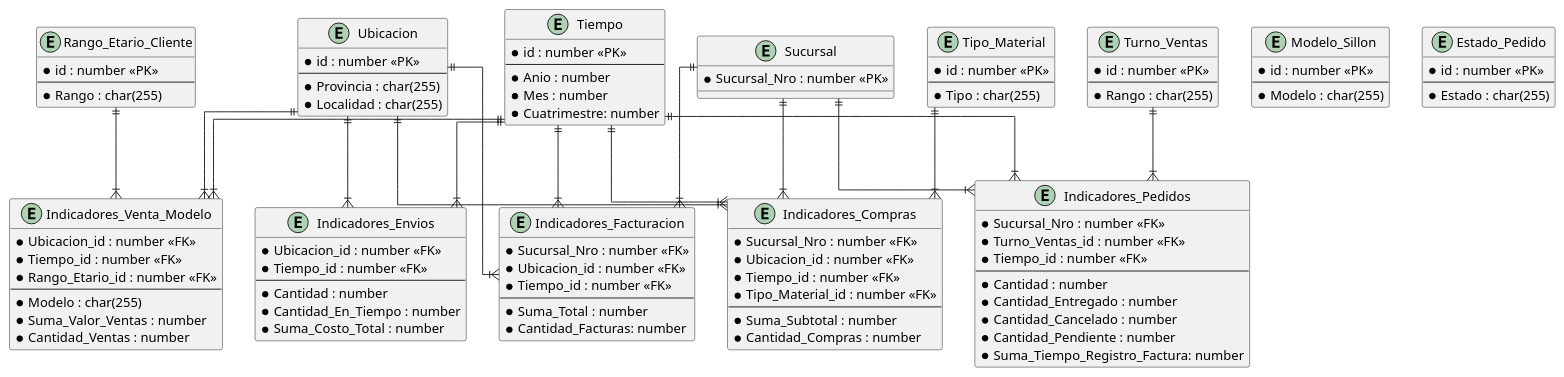
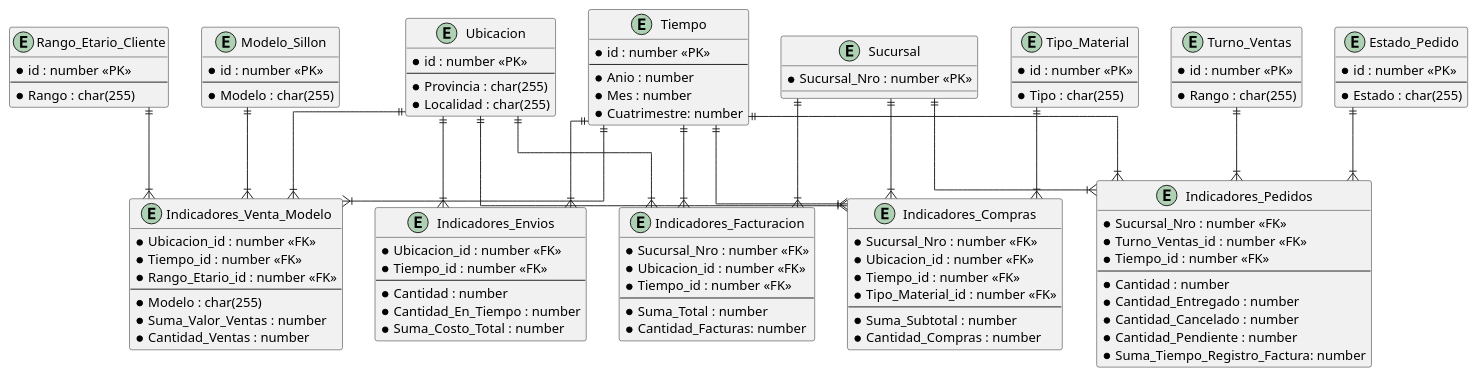
One commit to Valentin-Sosa/TP-GDD changed the diagram in sql/diagrams/DER_BI.puml. Above: the diagram before and after it, drawn with PlantUML.

Commit message:
correcion en el der

```diff
--- a/sql/diagrams/DER_BI.puml
+++ b/sql/diagrams/DER_BI.puml
@@ -1,135 +1,139 @@
 @startuml
 
 skinparam linetype ortho
 
 ' ENTITIES DECLARATION
 entity "Tiempo" as Tiempo {
     *id : number <<PK>>
     --
     *Anio : number 
     *Mes : number
     *Cuatrimestre: number
 }
 
 entity "Ubicacion" as Ubi {
     *id : number <<PK>>
     --
     *Provincia : char(255)
     *Localidad : char(255)
 }
 
 entity "Rango_Etario_Cliente" as RangEt {
     *id : number <<PK>>
     --
     *Rango : char(255)
 }
 
 entity "Turno_Ventas" as Turnven {
     *id : number <<PK>>
     --
     *Rango : char(255)
 } 
 
 entity "Tipo_Material" as TipMat {
     *id : number <<PK>>
     --
     *Tipo : char(255)
 }
 
 entity "Modelo_Sillon" as ModSi {
     *id : number <<PK>>
     --
     *Modelo : char(255)
 }
 
 entity "Estado_Pedido" as EstPed {
     *id : number <<PK>>
     --
     *Estado : char(255)
 }
 
 entity "Sucursal" as Suc {
     *Sucursal_Nro : number <<PK>>
 }
 
 
 entity "Indicadores_Facturacion" as IndFact {
     *Sucursal_Nro : number <<FK>>
     *Ubicacion_id : number <<FK>>
     *Tiempo_id : number <<FK>>
     --
     *Suma_Total : number
     *Cantidad_Facturas: number
 }
 
 entity "Indicadores_Venta_Modelo" as IndVent {
     *Ubicacion_id : number <<FK>>
     *Tiempo_id : number <<FK>>
     *Rango_Etario_id : number <<FK>>
     --
     *Modelo : char(255)
     *Suma_Valor_Ventas : number
     *Cantidad_Ventas : number
 }
 
 entity "Indicadores_Pedidos" as IndPed {
     *Sucursal_Nro : number <<FK>>
     *Turno_Ventas_id : number <<FK>>
     *Tiempo_id : number <<FK>>
     --
     *Cantidad : number
     *Cantidad_Entregado : number
     *Cantidad_Cancelado : number
     *Cantidad_Pendiente : number
     *Suma_Tiempo_Registro_Factura: number
 }
 
 entity "Indicadores_Compras" as IndCom {
     *Sucursal_Nro : number <<FK>>
     *Ubicacion_id : number <<FK>>
     *Tiempo_id : number <<FK>>
     *Tipo_Material_id : number <<FK>>
     --
     *Suma_Subtotal : number
     *Cantidad_Compras : number 
 }
 
 entity "Indicadores_Envios" as IndEnv {
     *Ubicacion_id : number <<FK>>
     *Tiempo_id : number <<FK>>
     --
     *Cantidad : number
     *Cantidad_En_Tiempo : number
     *Suma_Costo_Total : number
 }
 
 ' ENTITIES RELATIONSHIPS
 ' Tiempo
 Tiempo ||--|{ IndFact
 Tiempo ||--|{ IndVent
 Tiempo ||--|{ IndPed
 Tiempo ||--|{ IndCom
 Tiempo ||--|{ IndEnv
 
 ' Ubicacion
 Ubi ||--|{ IndFact
 Ubi ||--|{ IndVent
 Ubi ||--|{ IndCom
 Ubi ||--|{ IndEnv
 
 ' Sucursal
 Suc ||--|{ IndFact
 Suc ||--|{ IndPed
 Suc ||--|{ IndCom
 
 ' Rango Etario
 RangEt ||--|{ IndVent
 
 ' Turno de Ventas
 Turnven ||--|{ IndPed
 
 ' Tipo de Material
 TipMat ||--|{ IndCom
 
+ModSi ||--|{ IndVent
+
+EstPed ||--|{ IndPed
+
 
 @enduml
```
